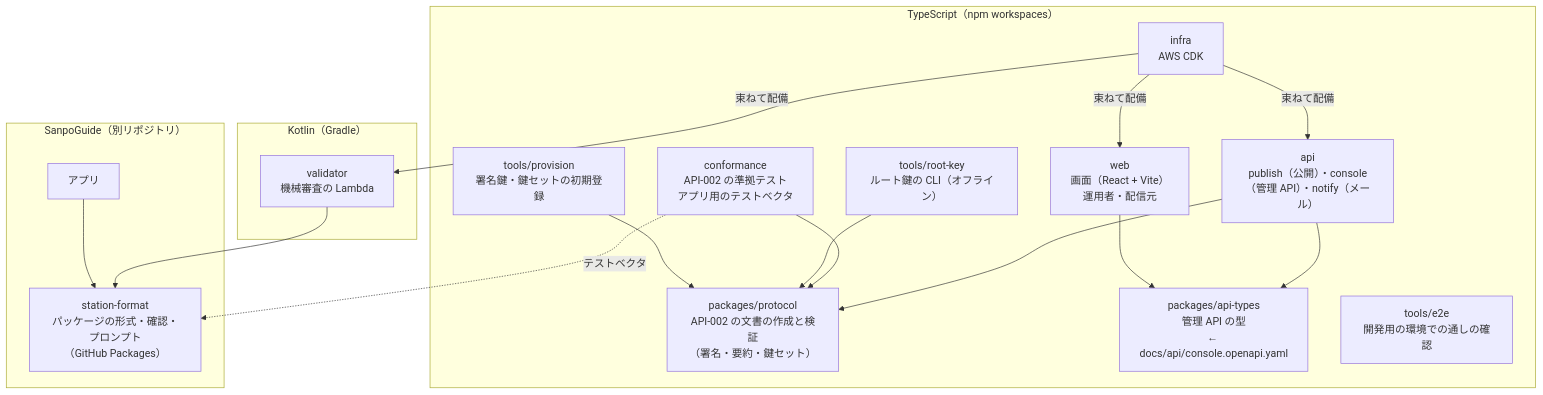
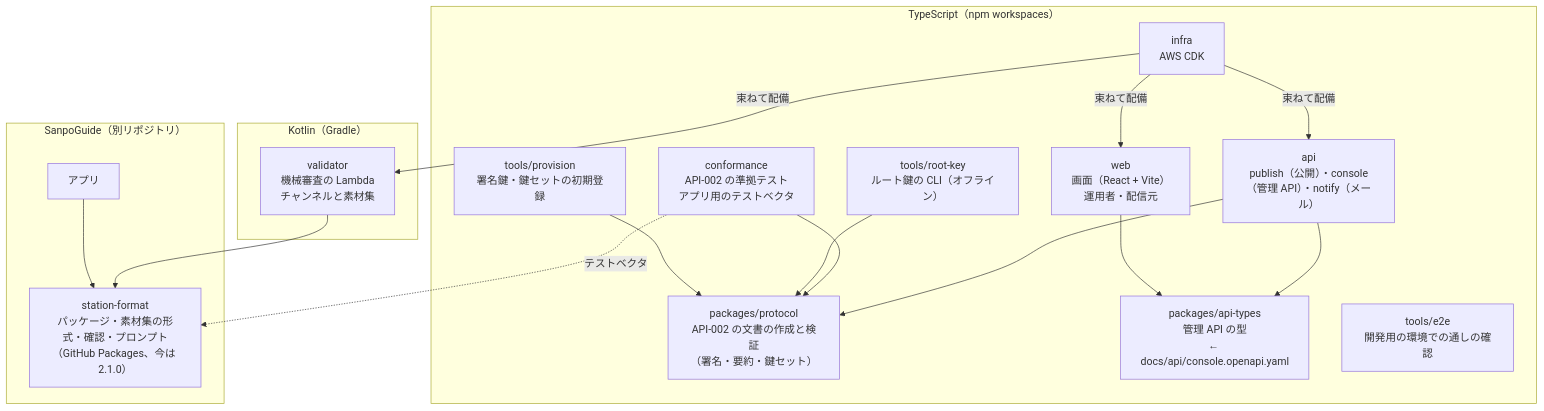
Before and after one commit to duwenji/michizure-console: the second of 7 diagrams in docs/architecture.md, drawn with Mermaid. The commit also changed other lines of this file and 12 other files, not shown here.

````diff
--- a/docs/architecture.md
+++ b/docs/architecture.md
@@ -71,34 +74,34 @@
 ```mermaid
 flowchart TB
   subgraph TS["TypeScript（npm workspaces）"]
     protocol["packages/protocol<br/>API-002 の文書の作成と検証<br/>（署名・要約・鍵セット）"]
     types["packages/api-types<br/>管理 API の型<br/>← docs/api/console.openapi.yaml"]
     api["api<br/>publish（公開）・console（管理 API）・notify（メール）"]
     web["web<br/>画面（React + Vite）<br/>運用者・配信元"]
     infra["infra<br/>AWS CDK"]
     conf["conformance<br/>API-002 の準拠テスト<br/>アプリ用のテストベクタ"]
     rootkey["tools/root-key<br/>ルート鍵の CLI（オフライン）"]
     prov["tools/provision<br/>署名鍵・鍵セットの初期登録"]
     e2e["tools/e2e<br/>開発用の環境での通しの確認"]
   end
   subgraph KT["Kotlin（Gradle）"]
-    validator["validator<br/>機械審査の Lambda"]
+    validator["validator<br/>機械審査の Lambda<br/>チャンネルと素材集"]
   end
   subgraph SG["SanpoGuide（別リポジトリ）"]
-    sf["station-format<br/>パッケージの形式・確認・プロンプト<br/>（GitHub Packages）"]
+    sf["station-format<br/>パッケージ・素材集の形式・確認・プロンプト<br/>（GitHub Packages、今は 2.1.0）"]
     app["アプリ"]
   end
 
   api --> protocol
   api --> types
   web --> types
   conf --> protocol
   rootkey --> protocol
   prov --> protocol
   infra -->|束ねて配備| api
   infra -->|束ねて配備| web
   infra -->|束ねて配備| validator
   validator --> sf
   app --> sf
   conf -. テストベクタ .-> sf
 ```
````
